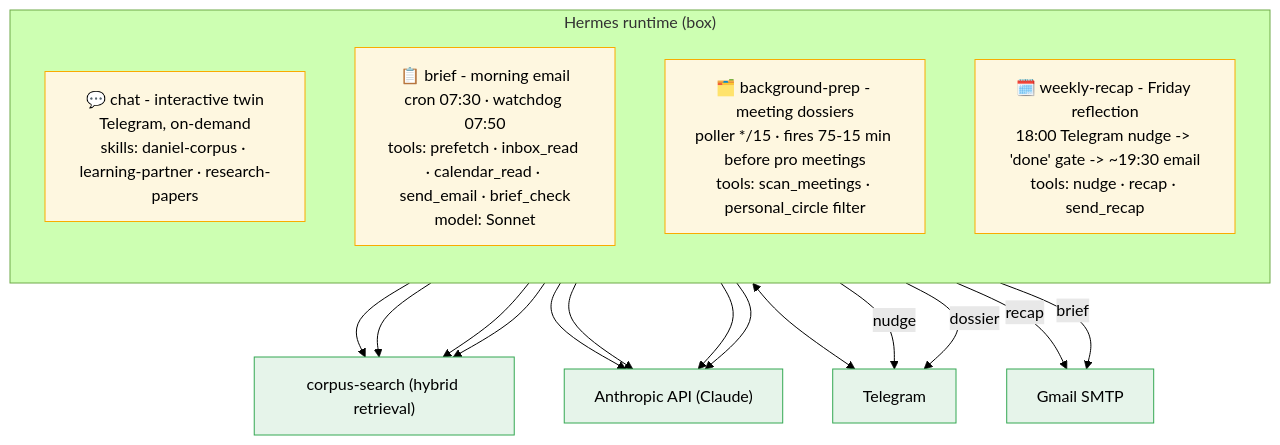
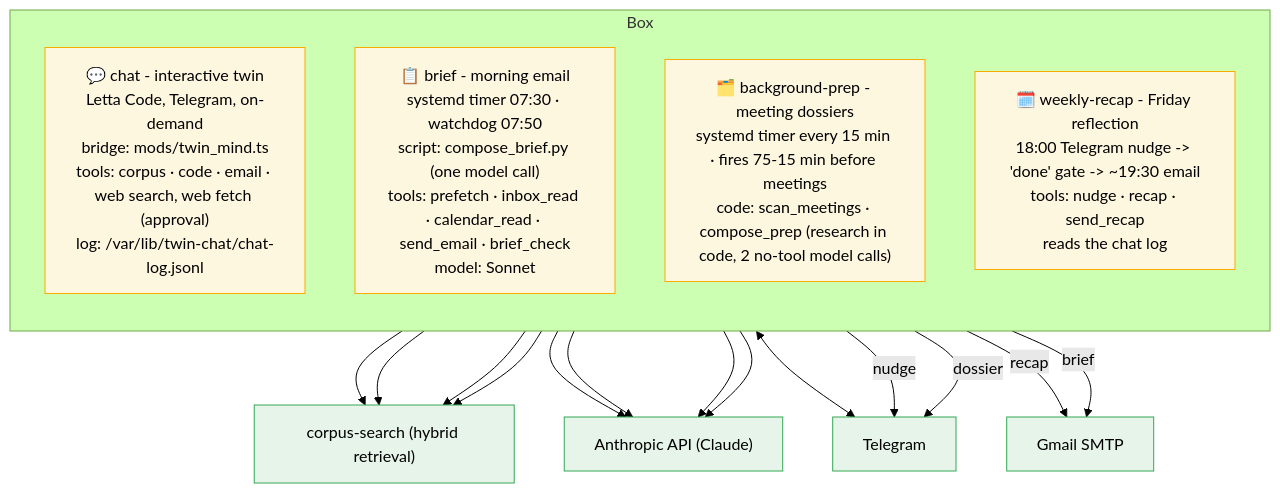
Before and after one commit to danielpuri1901/twin-mind: the fourth of 6 diagrams in docs/architecture-map.md, drawn with Mermaid (forest theme). The commit also changed other lines of this file and 3 other files, not shown here.

First line of the commit message:
docs: CLAUDE.md, README and architecture map describe the Letta chat and systemd jobs

````diff
--- a/docs/architecture-map.md
+++ b/docs/architecture-map.md
@@ -145,32 +149,32 @@
 ```mermaid
 flowchart TB
-    subgraph RT["Hermes runtime (box)"]
+    subgraph RT["Box"]
         direction TB
-        CHAT["💬 chat - interactive twin<br/>Telegram, on-demand<br/>skills: daniel-corpus · learning-partner · research-papers"]
-        BRIEF["📋 brief - morning email<br/>cron 07:30 · watchdog 07:50<br/>tools: prefetch · inbox_read · calendar_read · send_email · brief_check<br/>model: Sonnet"]
-        PREP["🗂️ background-prep - meeting dossiers<br/>poller */15 · fires 75-15 min before pro meetings<br/>tools: scan_meetings · personal_circle filter"]
-        RECAP["🗓️ weekly-recap - Friday reflection<br/>18:00 Telegram nudge -> 'done' gate -> ~19:30 email<br/>tools: nudge · recap · send_recap"]
+        CHAT["💬 chat - interactive twin<br/>Letta Code, Telegram, on-demand<br/>bridge: mods/twin_mind.ts<br/>tools: corpus · code · email · web search, web fetch (approval)<br/>log: /var/lib/twin-chat/chat-log.jsonl"]
+        BRIEF["📋 brief - morning email<br/>systemd timer 07:30 · watchdog 07:50<br/>script: compose_brief.py (one model call)<br/>tools: prefetch · inbox_read · calendar_read · send_email · brief_check<br/>model: Sonnet"]
+        PREP["🗂️ background-prep - meeting dossiers<br/>systemd timer every 15 min · fires 75-15 min before meetings<br/>code: scan_meetings · compose_prep (research in code, 2 no-tool model calls)"]
+        RECAP["🗓️ weekly-recap - Friday reflection<br/>18:00 Telegram nudge -> 'done' gate -> ~19:30 email<br/>tools: nudge · recap · send_recap<br/>reads the chat log"]
     end
 
     CORPUS["corpus-search (hybrid retrieval)"]
     BED["Anthropic API (Claude)"]
     TG["Telegram"]
     MAIL["Gmail SMTP"]
 
     CHAT --> CORPUS
     BRIEF --> CORPUS
     PREP --> CORPUS
     RECAP --> CORPUS
     CHAT & BRIEF & PREP & RECAP --> BED
 
     CHAT <--> TG
     RECAP -->|nudge| TG
     RECAP -->|recap| MAIL
     BRIEF -->|brief| MAIL
     PREP -->|dossier| TG
 
     classDef agent fill:#fef7e0,stroke:#f9ab00,color:#000
     classDef svc fill:#e6f4ea,stroke:#34a853,color:#000
     class CHAT,BRIEF,PREP,RECAP agent
     class CORPUS,BED,TG,MAIL svc
 ```
````
